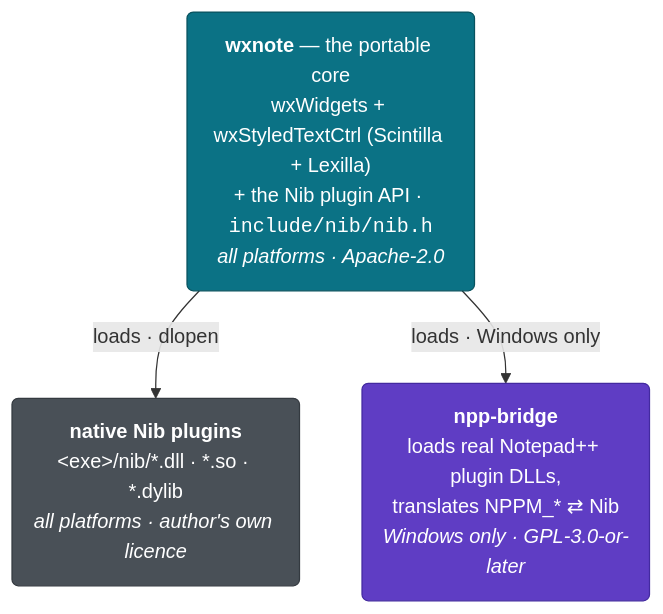
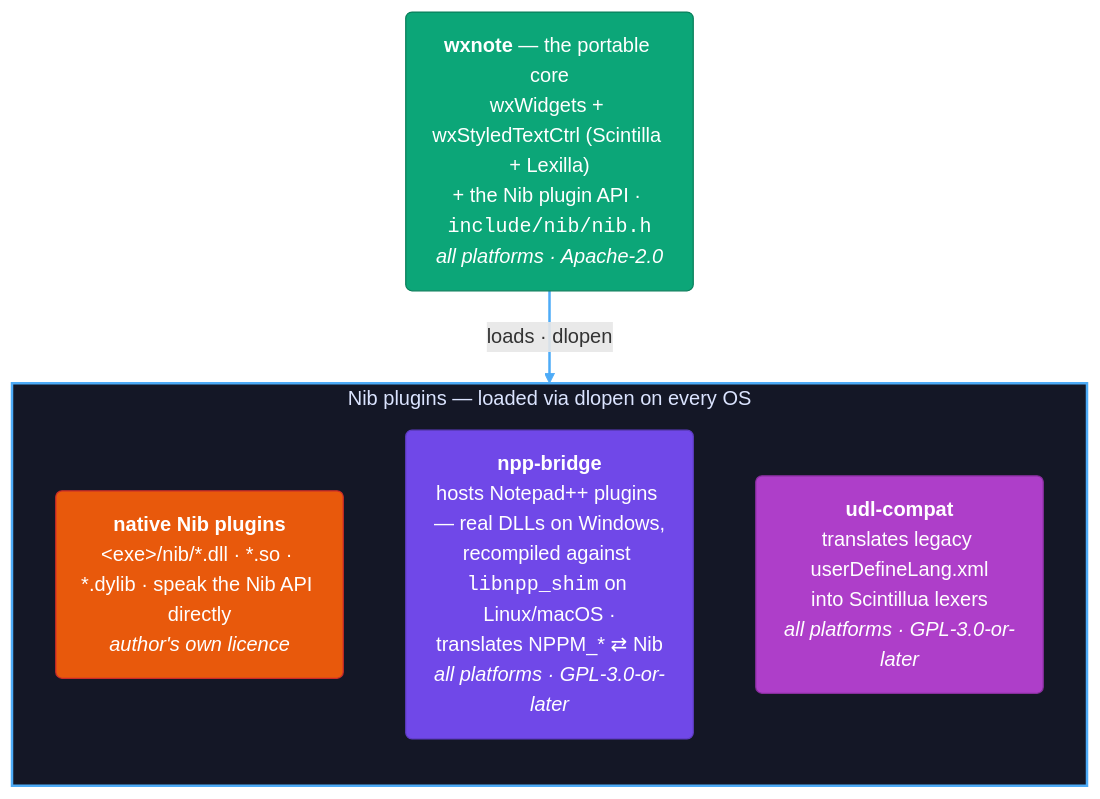
One commit to Alpaq92/wx-notepad-plus-plus changed the diagram in docs/ARCHITECTURE.md. Above: the diagram before and after it, drawn with Mermaid. The commit also changed other lines of this file and 16 other files, not shown here.

````diff
--- a/docs/ARCHITECTURE.md
+++ b/docs/ARCHITECTURE.md
@@ -11,15 +11,24 @@
 ```mermaid
 flowchart TB
     core("<b>wxnote</b> — the portable core<br/>wxWidgets + wxStyledTextCtrl (Scintilla + Lexilla)<br/>+ the Nib plugin API · <code>include/nib/nib.h</code><br/><i>all platforms · Apache-2.0</i>")
-    nib("<b>native Nib plugins</b><br/>&lt;exe&gt;/nib/*.dll · *.so · *.dylib<br/><i>all platforms · author's own licence</i>")
-    bridge("<b>npp-bridge</b><br/>loads real Notepad++ plugin DLLs,<br/>translates NPPM_* ⇄ Nib<br/><i>Windows only · GPL-3.0-or-later</i>")
-    core -->|"loads · dlopen"| nib
-    core -->|"loads · Windows only"| bridge
 
-    classDef apache fill:#0b7285,stroke:#08525e,color:#ffffff;
-    classDef neutral fill:#495057,stroke:#343a40,color:#ffffff;
-    classDef gpl fill:#5f3dc4,stroke:#432aa0,color:#ffffff;
-    class core apache;
-    class nib neutral;
-    class bridge gpl;
+    subgraph nibplugins["Nib plugins — loaded via dlopen on every OS"]
+        direction TB
+        native("<b>native Nib plugins</b><br/>&lt;exe&gt;/nib/*.dll · *.so · *.dylib · speak the Nib API directly<br/><i>author's own licence</i>")
+        bridge("<b>npp-bridge</b><br/>hosts Notepad++ plugins — real DLLs on Windows,<br/>recompiled against <code>libnpp_shim</code> on Linux/macOS ·<br/>translates NPPM_* ⇄ Nib<br/><i>all platforms · GPL-3.0-or-later</i>")
+        udl("<b>udl-compat</b><br/>translates legacy userDefineLang.xml<br/>into Scintillua lexers<br/><i>all platforms · GPL-3.0-or-later</i>")
+    end
+
+    core -->|"loads · dlopen"| nibplugins
+
+    classDef cCore   fill:#0ca678,stroke:#087f5b,color:#ffffff;
+    classDef cNative fill:#e8590c,stroke:#c92a2a,color:#ffffff;
+    classDef cBridge fill:#7048e8,stroke:#5f3dc4,color:#ffffff;
+    classDef cUdl    fill:#ae3ec9,stroke:#862e9c,color:#ffffff;
+    class core cCore;
+    class native cNative;
+    class bridge cBridge;
+    class udl cUdl;
+    style nibplugins fill:#141726,stroke:#4dabf7,stroke-width:2px,color:#dbe4ff;
+    linkStyle 0 stroke:#4dabf7,stroke-width:2px;
 ```
````
